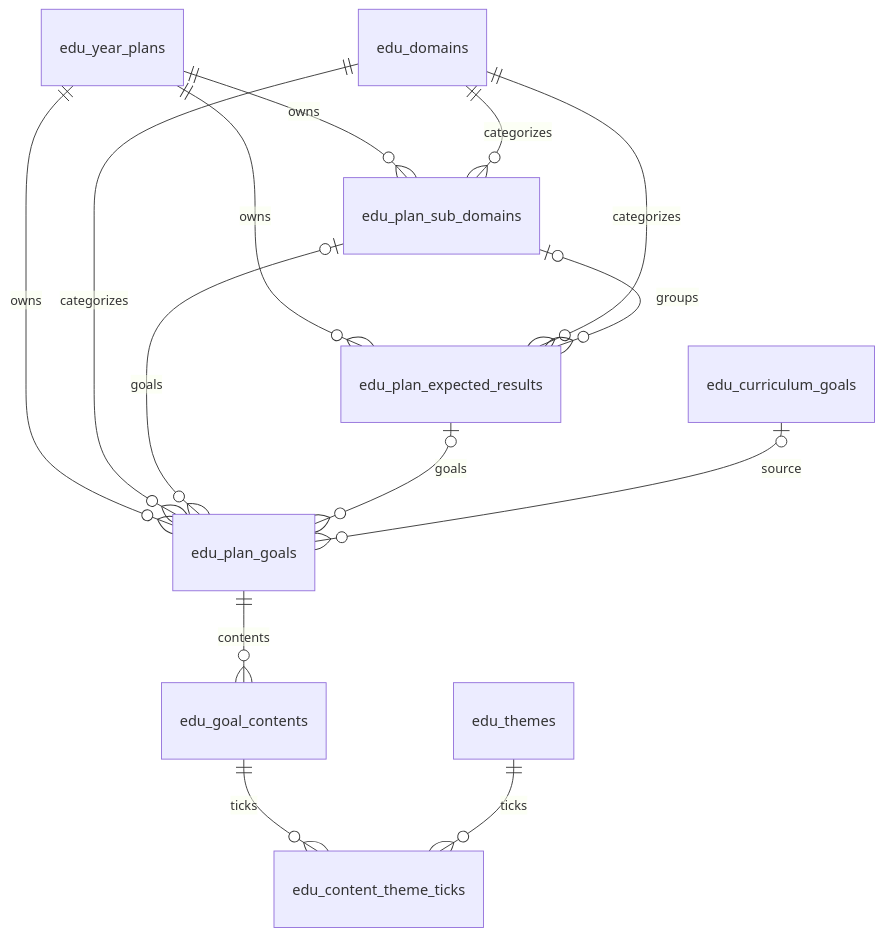
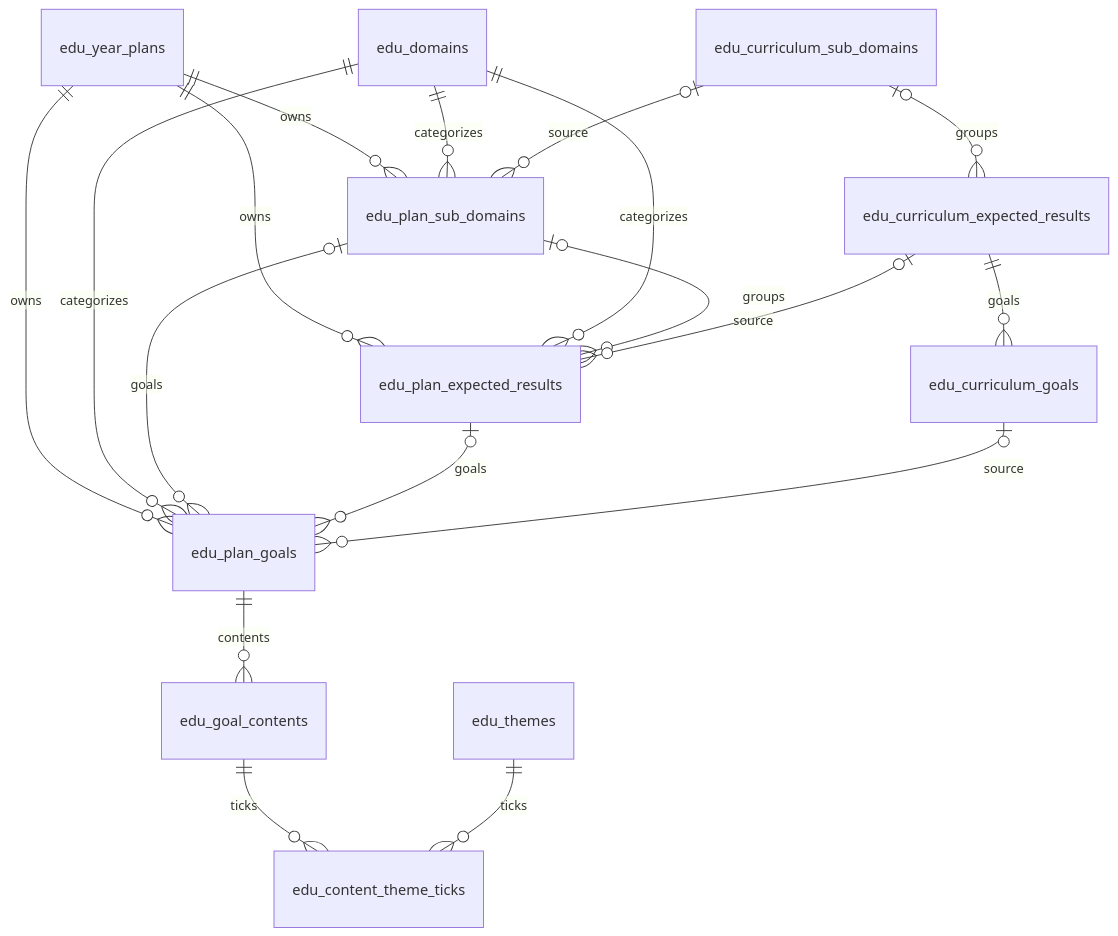
One commit to thang-04/CareNest_BE changed the second of 3 diagrams in docs/database/ERD.md. Above: the diagram before and after it, drawn with Mermaid. The commit also changed 33 other files, not shown here.

````diff
--- a/docs/database/ERD.md
+++ b/docs/database/ERD.md
@@ -73,16 +73,20 @@
 ```mermaid
 erDiagram
     edu_year_plans ||--o{ edu_plan_sub_domains : owns
     edu_year_plans ||--o{ edu_plan_expected_results : owns
     edu_year_plans ||--o{ edu_plan_goals : owns
     edu_domains ||--o{ edu_plan_sub_domains : categorizes
     edu_domains ||--o{ edu_plan_expected_results : categorizes
     edu_domains ||--o{ edu_plan_goals : categorizes
     edu_plan_sub_domains |o--o{ edu_plan_expected_results : groups
     edu_plan_sub_domains |o--o{ edu_plan_goals : goals
     edu_plan_expected_results |o--o{ edu_plan_goals : goals
     edu_plan_goals ||--o{ edu_goal_contents : contents
+    edu_curriculum_sub_domains |o--o{ edu_curriculum_expected_results : groups
+    edu_curriculum_expected_results ||--o{ edu_curriculum_goals : goals
+    edu_curriculum_sub_domains |o--o{ edu_plan_sub_domains : source
+    edu_curriculum_expected_results |o--o{ edu_plan_expected_results : source
     edu_curriculum_goals |o--o{ edu_plan_goals : source
     edu_goal_contents ||--o{ edu_content_theme_ticks : ticks
     edu_themes ||--o{ edu_content_theme_ticks : ticks
 ```
````
